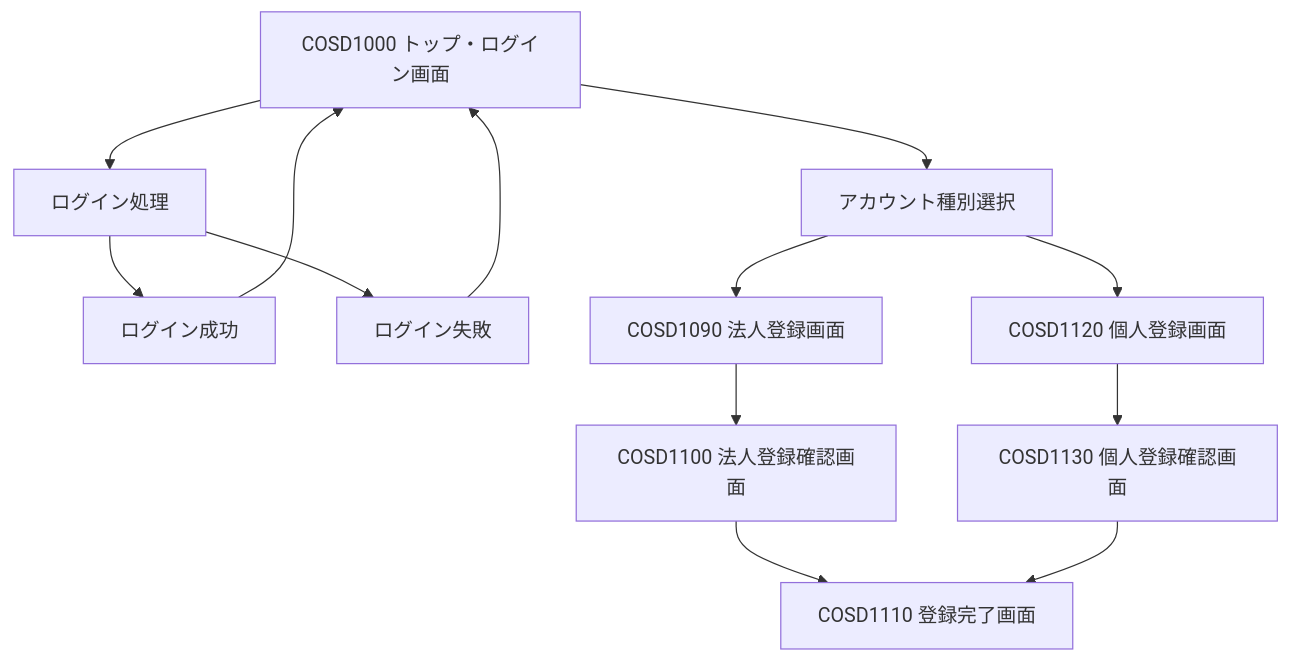
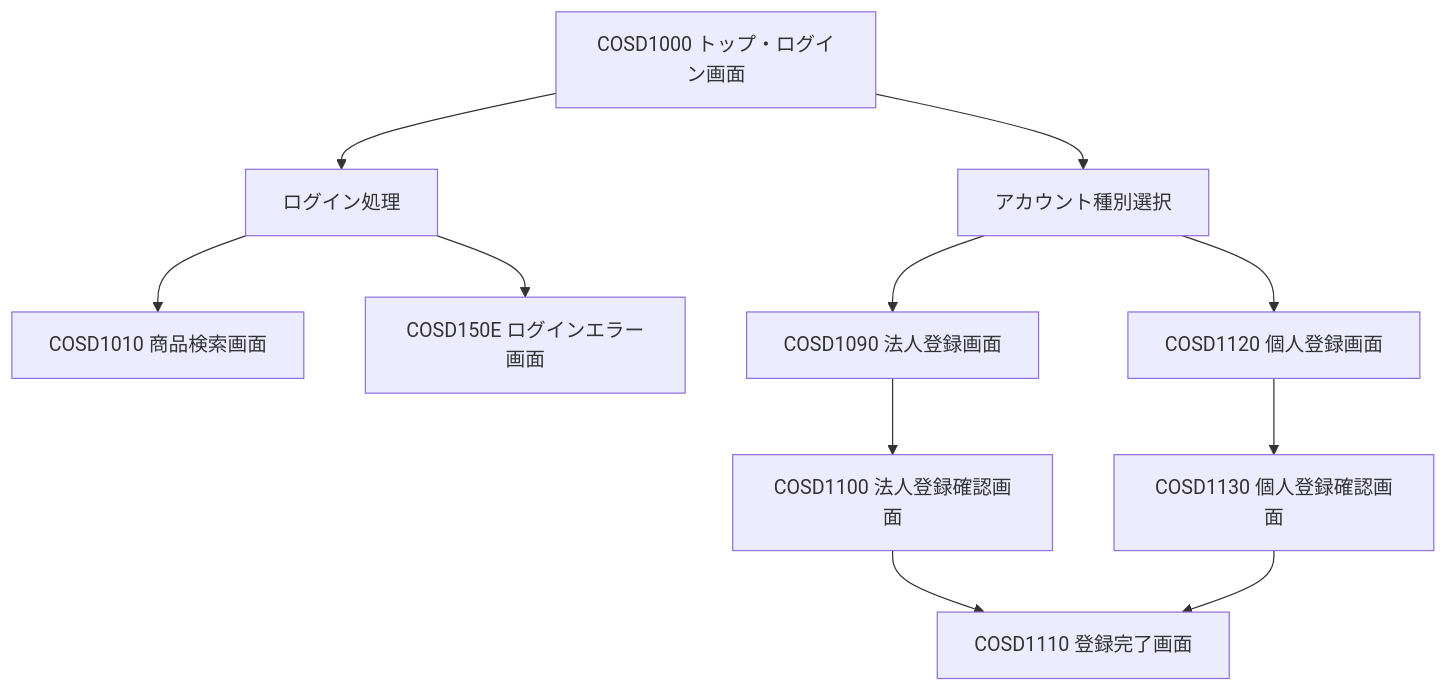
The first of 2 diagrams in ver.3/設計書/画面設計書.md (h-yokota1215/web-version_up), drawn with Mermaid before and after one commit. The commit also changed other lines of this file, not shown here.

Commit message:
画面設計書内容修正

````diff
--- a/ver.3/設計書/画面設計書.md
+++ b/ver.3/設計書/画面設計書.md
@@ -81,26 +81,24 @@
 ```mermaid
 flowchart TD
     A[COSD1000 トップ・ログイン画面]
     B[ログイン処理]
-    C[ログイン成功]
-    D[ログイン失敗]
+    C[COSD1010 商品検索画面]
+    D[COSD150E ログインエラー画面]
     E[アカウント種別選択]
     F[COSD1090 法人登録画面]
     G[COSD1100 法人登録確認画面]
     H[COSD1120 個人登録画面]
     I[COSD1130 個人登録確認画面]
     J[COSD1110 登録完了画面]
 
     A --> B
     B --> C
     B --> D
-    D --> A
-    C --> A
     A --> E
     E --> F
     E --> H
     F --> G
     G --> J
     H --> I
     I --> J
 ```
````
